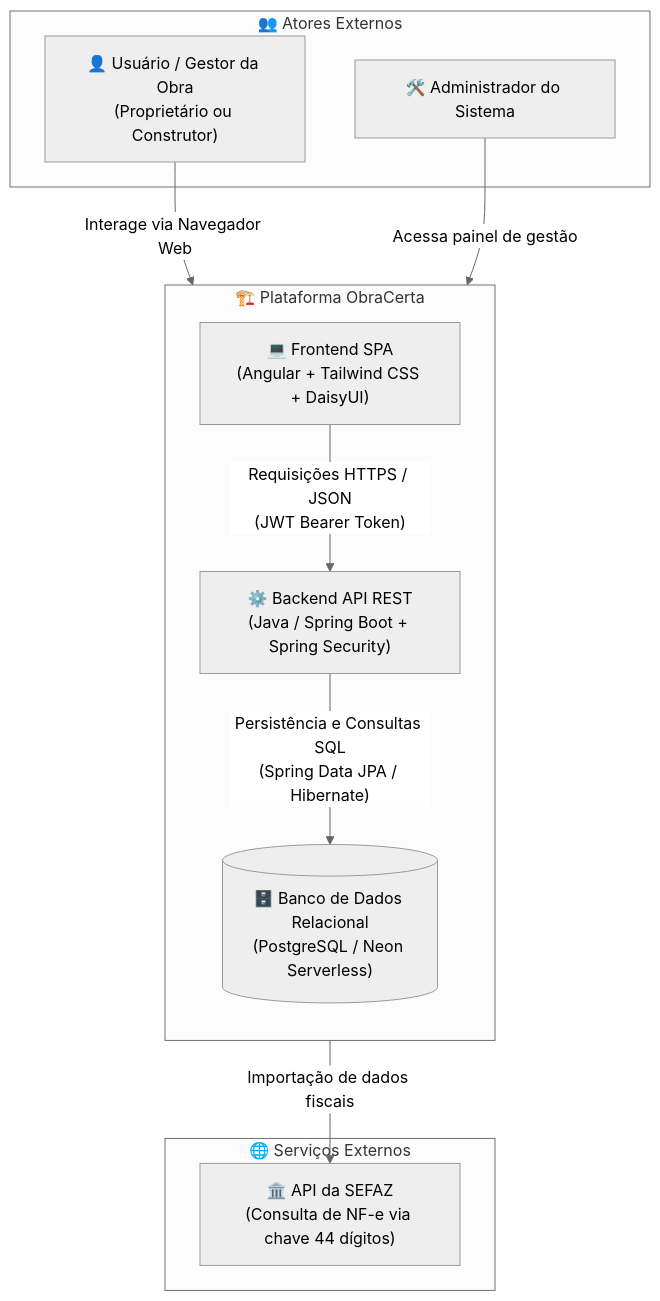
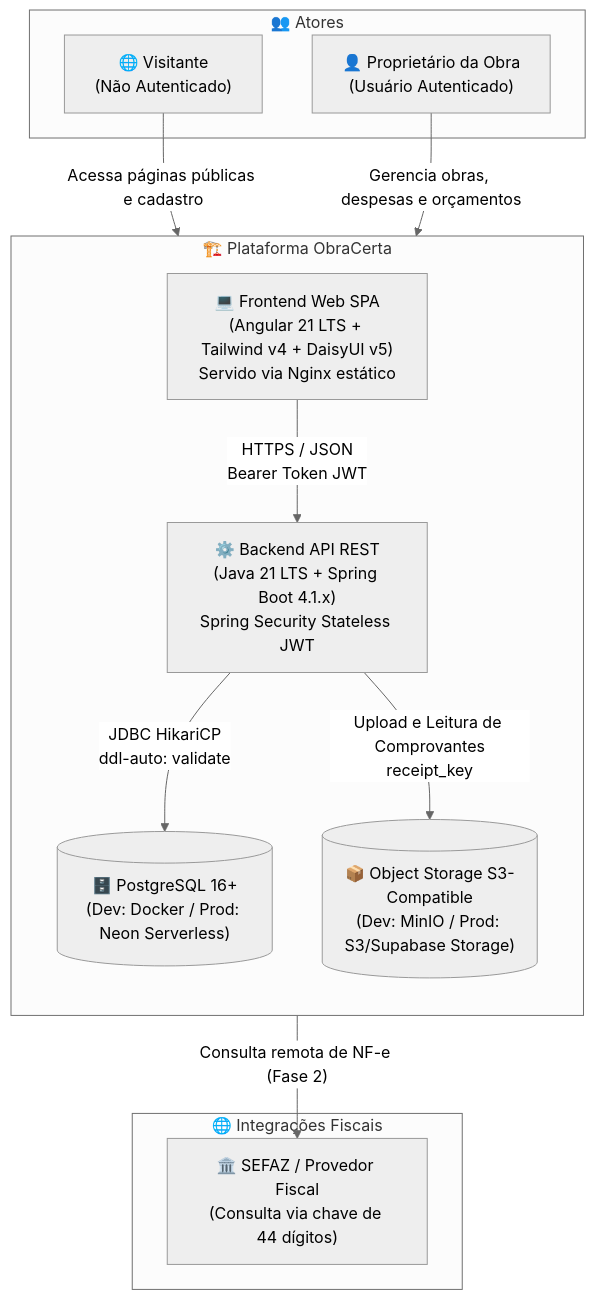
The first of 2 diagrams in docs/architecture.md (utfpr-gp/obra-certa), drawn with Mermaid (neutral theme) before and after one commit. The commit also changed other lines of this file and 76 other files, not shown here.

````diff
--- a/docs/architecture.md
+++ b/docs/architecture.md
@@ -63,25 +96,27 @@
 ```mermaid
 flowchart TD
-    subgraph Atores["👥 Atores Externos"]
-        User["👤 Usuário / Gestor da Obra<br/>(Proprietário ou Construtor)"]
-        Admin["🛠️ Administrador do Sistema"]
+    subgraph Atores["👥 Atores"]
+        User["👤 Proprietário da Obra<br/>(Usuário Autenticado)"]
+        Visitor["🌐 Visitante<br/>(Não Autenticado)"]
     end
 
-    subgraph SistemaObraCerta["🏗️ Plataforma ObraCerta"]
+    subgraph PlataformaObraCerta["🏗️ Plataforma ObraCerta"]
         direction TB
-        Frontend["💻 Frontend SPA<br/>(Angular + Tailwind CSS + DaisyUI)"]
-        Backend["⚙️ Backend API REST<br/>(Java / Spring Boot + Spring Security)"]
-        Database[("🗄️ Banco de Dados Relacional<br/>(PostgreSQL / Neon Serverless)")]
+        Frontend["💻 Frontend Web SPA<br/>(Angular 21 LTS + Tailwind v4 + DaisyUI v5)<br/>Servido via Nginx estático"]
+        Backend["⚙️ Backend API REST<br/>(Java 21 LTS + Spring Boot 4.1.x)<br/>Spring Security Stateless JWT"]
+        Database[("🗄️ PostgreSQL 16+<br/>(Dev: Docker / Prod: Neon Serverless)")]
+        Storage[("📦 Object Storage S3-Compatible<br/>(Dev: MinIO / Prod: S3/Supabase Storage)")]
 
-        Frontend -->|"Requisições HTTPS / JSON<br/>(JWT Bearer Token)"| Backend
-        Backend -->|"Persistência e Consultas SQL<br/>(Spring Data JPA / Hibernate)"| Database
+        Frontend -->|"HTTPS / JSON<br/>Bearer Token JWT"| Backend
+        Backend -->|"JDBC HikariCP<br/>ddl-auto: validate"| Database
+        Backend -->|"Upload e Leitura de Comprovantes<br/>receipt_key"| Storage
     end
 
-    subgraph Integracoes["🌐 Serviços Externos"]
-        SEFAZ["🏛️ API da SEFAZ<br/>(Consulta de NF-e via chave 44 dígitos)"]
+    subgraph ServicosExternos["🌐 Integrações Fiscais"]
+        SEFAZ["🏛️ SEFAZ / Provedor Fiscal<br/>(Consulta via chave de 44 dígitos)"]
     end
 
-    User -->|"Interage via Navegador Web"| Frontend
-    Admin -->|"Acessa painel de gestão"| Frontend
-    Backend -->|"Importação de dados fiscais"| SEFAZ
+    Visitor -->|"Acessa páginas públicas e cadastro"| Frontend
+    User -->|"Gerencia obras, despesas e orçamentos"| Frontend
+    Backend -->|"Consulta remota de NF-e (Fase 2)"| SEFAZ
 ```
````
